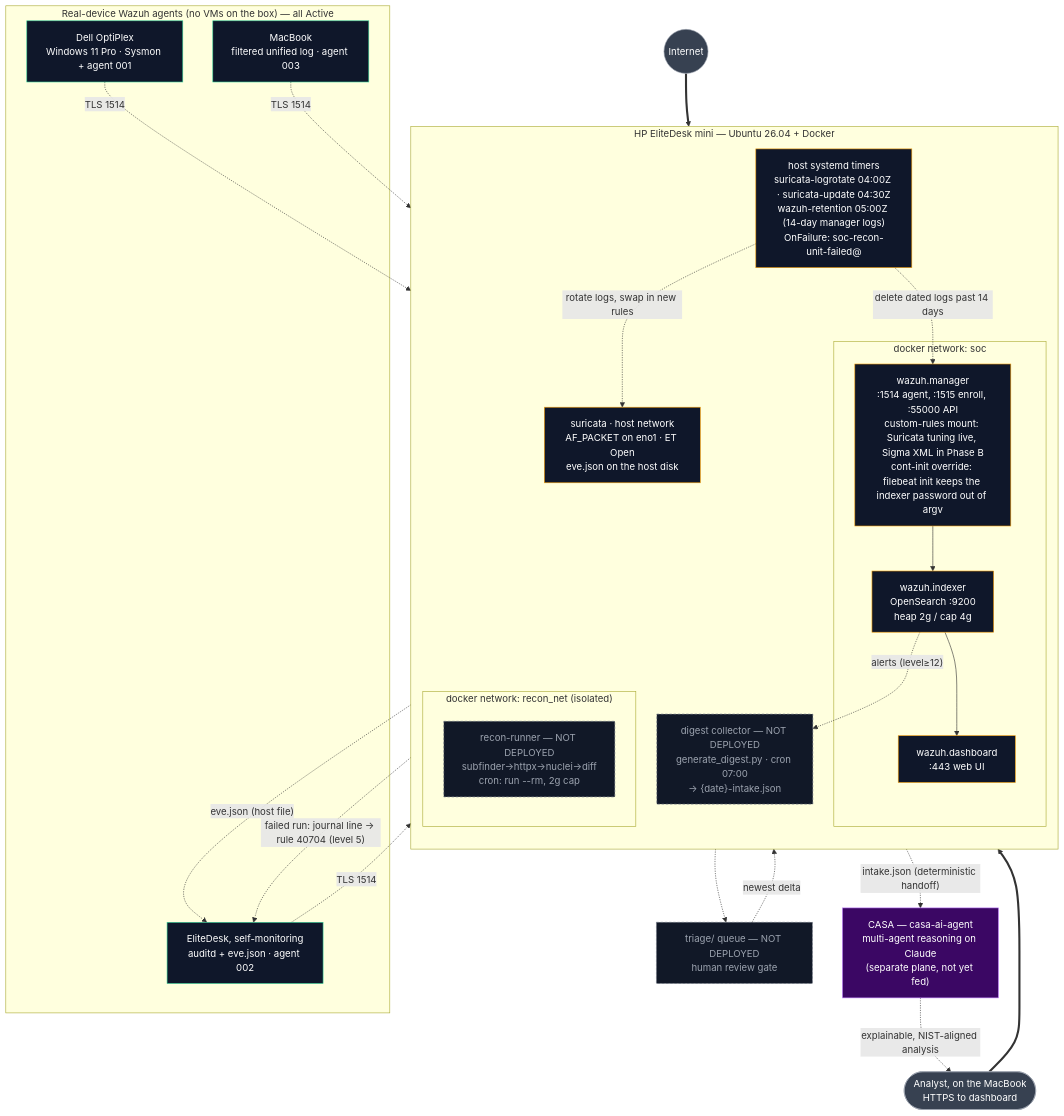
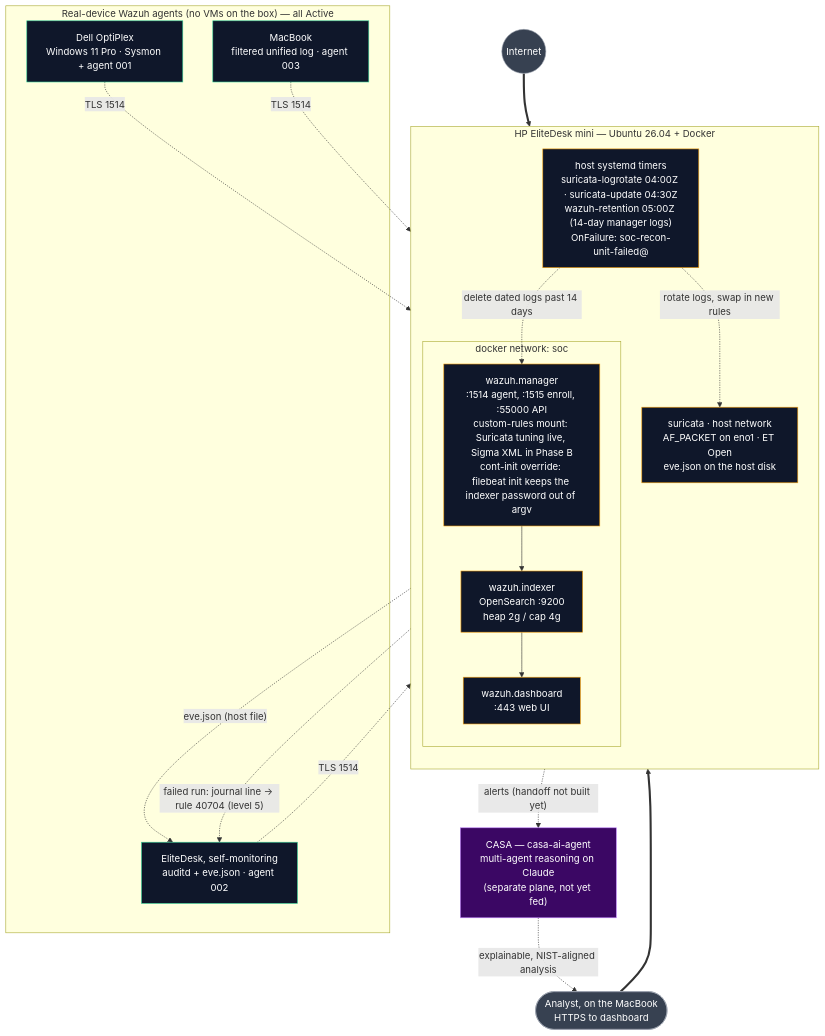
The diagram in phase-a-foundation/architecture.mmd (ktalons/talonsoclab), drawn with Mermaid before and after one commit. The commit also changed 20 other files, not shown here.

Commit message:
deploy: drop the undeployed recon pipeline, scrub hardware and host details

```diff
--- a/phase-a-foundation/architecture.mmd
+++ b/phase-a-foundation/architecture.mmd
@@ -1,81 +1,69 @@
 flowchart TB
 %% TalonSocLab — Phase A Foundation SOC Stack (docker-compose edition)
 %% Single source of truth for the container topology + data flow.
 %% Companion: network-topology.mmd holds the physical / L2 network (router, switch, rack).
 %% Host: HP EliteDesk mini (6-core i5, 16 GB, 256 GB NVMe) — OWNED outright.
 %% Substrate: Ubuntu Server 26.04 LTS bare-metal + Docker (no Proxmox).
-%% Legend: solid = running now · dashed edge = telemetry / handoff · grey dashed node = not deployed
+%% Legend: solid = running now · dashed edge = telemetry / handoff
 %% Deployment status verified on the box 2026-09-30: indexer, manager, dashboard, suricata and
-%%   all three agents are up. recon-runner, digest and triage exist in the repo but are NOT
-%%   running: no recon image built, no cron installed.
+%%   all three agents are up. The attack-surface recon pipeline once planned for this box was
+%%   never deployed and left the public repo 2026-11-04.
 %% Host timers checked 2026-10-15: three root-owned systemd oneshots (deploy/soc-recon/systemd/)
 %%   rotate Suricata's logs at 04:00Z, update ET Open at 04:30Z and delete the manager's dated
 %%   logs past 14 days at 05:00Z. A failed run starts the OnFailure handler, and the
 %%   status=1/FAILURE line reaches the manager through agent 002 as rule 40704 (level 5).
 %% PIVOT NOTE: this replaced an earlier Proxmox/pfSense/VLAN topology. It trades
 %%   network realism (pfSense, VLANs, Windows endpoint VMs) for portability +
 %%   detection breadth.
 %% Endpoints are Wazuh agents on REAL devices, not VMs — keeps the 16 GB budget clear.
 
     Internet((Internet))
 
     subgraph Host["HP EliteDesk mini — Ubuntu 26.04 + Docker"]
         direction TB
 
         subgraph SocNet["docker network: soc"]
             Indexer["wazuh.indexer<br/>OpenSearch :9200<br/>heap 2g / cap 4g"]
             Manager["wazuh.manager<br/>:1514 agent, :1515 enroll, :55000 API<br/>custom-rules mount: Suricata tuning live, Sigma XML in Phase B<br/>cont-init override: filebeat init keeps the indexer password out of argv"]
             Dashboard["wazuh.dashboard<br/>:443 web UI"]
         end
 
         Suricata["suricata · host network<br/>AF_PACKET on eno1 · ET Open<br/>eve.json on the host disk"]
 
         Timers["host systemd timers<br/>suricata-logrotate 04:00Z · suricata-update 04:30Z<br/>wazuh-retention 05:00Z (14-day manager logs)<br/>OnFailure: soc-recon-unit-failed@"]
-
-        subgraph ReconNet["docker network: recon_net (isolated)"]
-            Recon["recon-runner — NOT DEPLOYED<br/>subfinder→httpx→nuclei→diff<br/>cron: run --rm, 2g cap"]
-        end
-
-        Digest["digest collector — NOT DEPLOYED<br/>generate_digest.py · cron 07:00<br/>→ {date}-intake.json"]
     end
 
     subgraph Endpoints["Real-device Wazuh agents (no VMs on the box) — all Active"]
         Win["Dell OptiPlex<br/>Windows 11 Pro · Sysmon + agent 001"]
         Mac["MacBook<br/>filtered unified log · agent 003"]
         UbuntuHost["EliteDesk, self-monitoring<br/>auditd + eve.json · agent 002"]
     end
 
     Analyst(["Analyst, on the MacBook<br/>HTTPS to dashboard"])
     CASA["CASA — casa-ai-agent<br/>multi-agent reasoning on Claude<br/>(separate plane, not yet fed)"]
-    Triage["triage/ queue — NOT DEPLOYED<br/>human review gate"]
 
     Internet ==> Host
     Win  -. "TLS 1514" .-> Manager
     Mac  -. "TLS 1514" .-> Manager
     UbuntuHost -. "TLS 1514" .-> Manager
     Suricata -. "eve.json (host file)" .-> UbuntuHost
     Timers -. "rotate logs, swap in new rules" .-> Suricata
     Timers -. "delete dated logs past 14 days" .-> Manager
     Timers -. "failed run: journal line → rule 40704 (level 5)" .-> UbuntuHost
 
     Manager --> Indexer
     Indexer --> Dashboard
     Analyst ==> Dashboard
 
-    Recon -.-> Triage
-    Indexer -. "alerts (level≥12)" .-> Digest
-    Triage  -. "newest delta" .-> Digest
-    Digest -. "intake.json (deterministic handoff)" .-> CASA
+    Indexer -. "alerts (handoff not built yet)" .-> CASA
     CASA -. "explainable, NIST-aligned analysis" .-> Analyst
 
     classDef soc fill:#0f172a,stroke:#f59e0b,color:#fff
     classDef ep fill:#0f172a,stroke:#34d399,color:#fff
     classDef ext fill:#374151,stroke:#9ca3af,color:#fff
     classDef casa fill:#3b0764,stroke:#c084fc,color:#fff
-    classDef planned fill:#111827,stroke:#6b7280,color:#9ca3af,stroke-dasharray:4 3
 
     class Indexer,Manager,Dashboard,Suricata,Timers soc
     class Win,Mac,UbuntuHost ep
     class Internet,Analyst ext
-    class Recon,Digest,Triage planned
     class CASA casa
```
